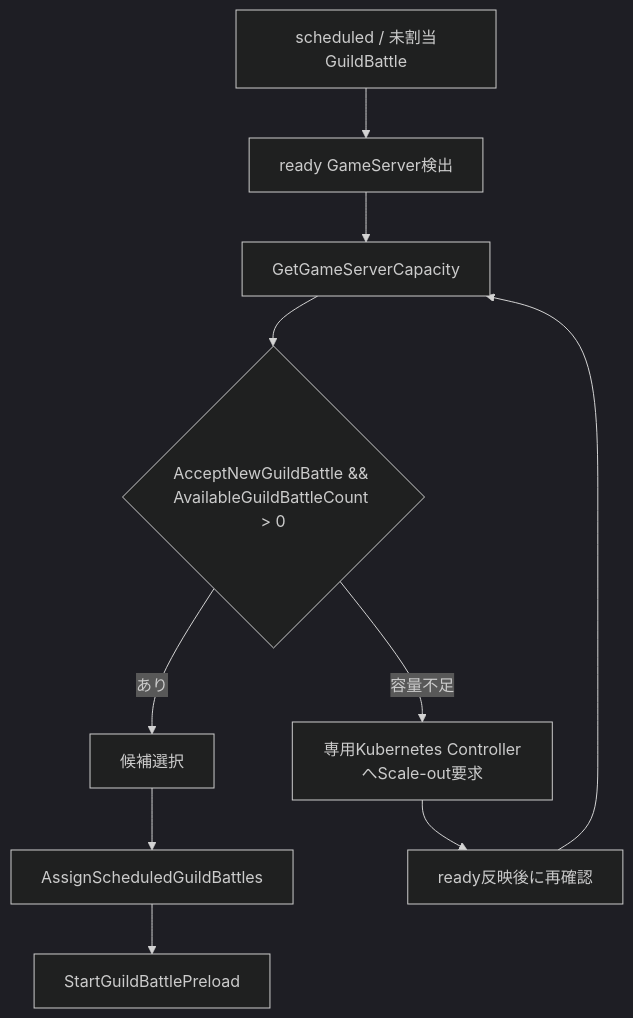
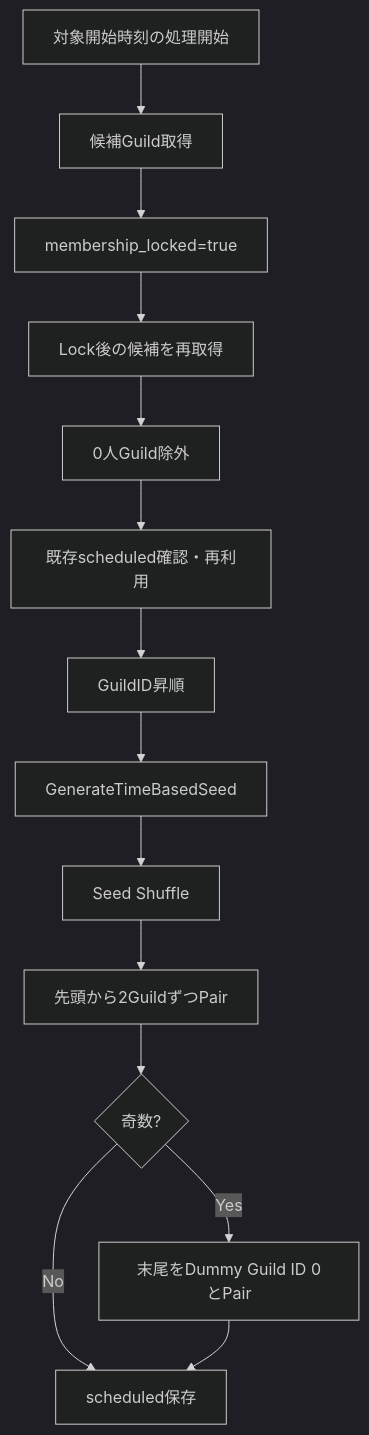
One commit to ReHydrangeaOdyssey/Specifications changed the second of 3 diagrams in design/programming/server/guild_battle_coordinator.md. Above: the diagram before and after it, drawn with Mermaid (dark theme). The commit also changed other lines of this file and 35 other files, not shown here.

````diff
--- a/design/programming/server/guild_battle_coordinator.md
+++ b/design/programming/server/guild_battle_coordinator.md
@@ -66,12 +46,16 @@
 ```mermaid
 flowchart TD
-    Scheduled[scheduled / 未割当GuildBattle] --> Discover[ready GameServer検出]
-    Discover --> Capacity[GetGameServerCapacity]
-    Capacity --> Candidate{AcceptNewGuildBattle && AvailableGuildBattleCount > 0}
-    Candidate -->|あり| Select[候補選択]
-    Select --> Assign[AssignScheduledGuildBattles]
-    Assign --> Preload[StartGuildBattlePreload]
-    Candidate -->|容量不足| Scale[専用Kubernetes ControllerへScale-out要求]
-    Scale --> Recheck[ready反映後に再確認]
-    Recheck --> Capacity
+    A[対象開始時刻の処理開始] --> G[候補Guild取得]
+    G --> L[membership_locked=true]
+    L --> R[Lock後の候補を再取得]
+    R --> X[0人Guild除外]
+    X --> E[既存scheduled確認・再利用]
+    E --> S[GuildID昇順]
+    S --> SEED[GenerateTimeBasedSeed]
+    SEED --> SH[Seed Shuffle]
+    SH --> P[先頭から2GuildずつPair]
+    P --> O{奇数?}
+    O -->|Yes| D[末尾をDummy Guild ID 0とPair]
+    O -->|No| SAVE[scheduled保存]
+    D --> SAVE
 ```
````
